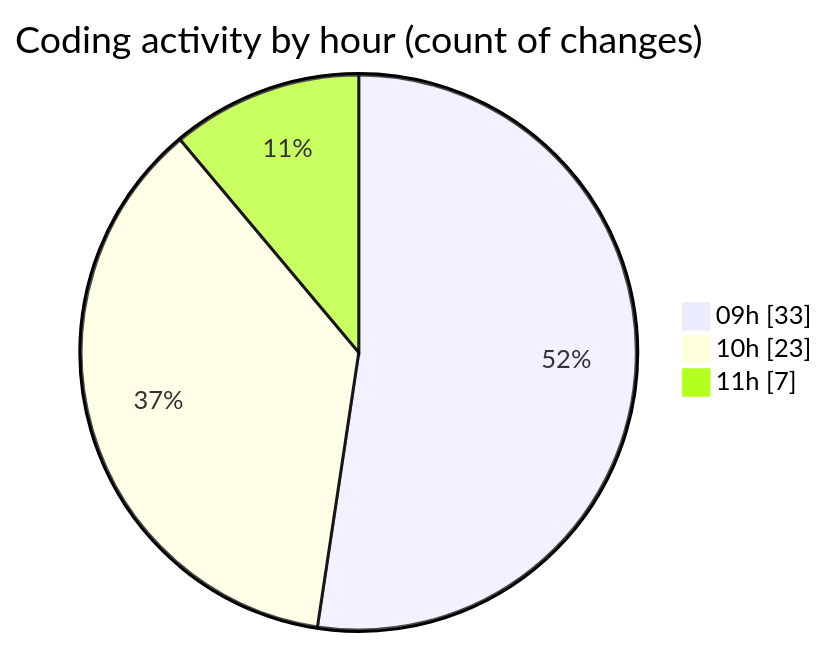
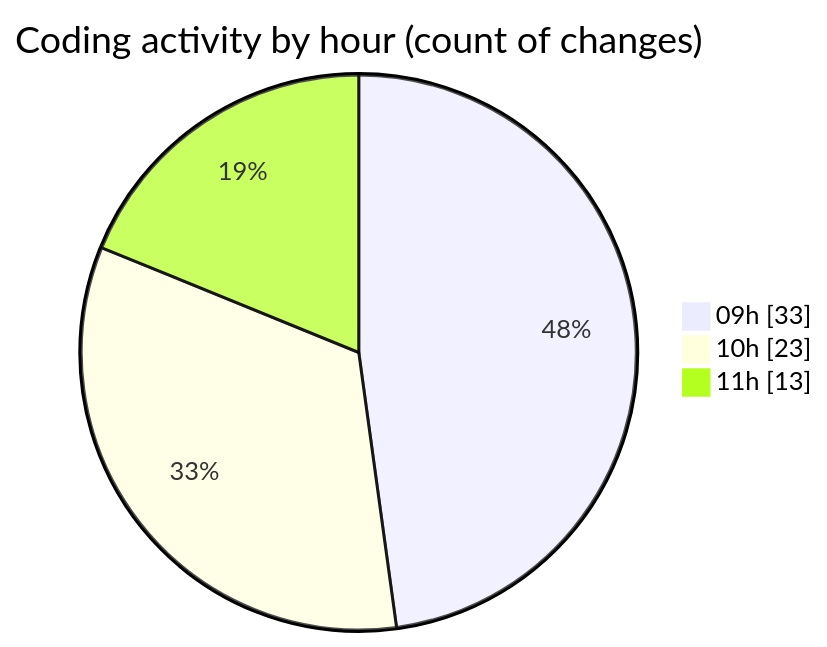
Before and after one commit to CELIANVF/code-tracking: the second of 2 diagrams in 2025-05-20/ecodeli-1/README.md, drawn with Mermaid. The commit also changed other lines of this file and 1 other file, not shown here.

````diff
--- a/2025-05-20/ecodeli-1/README.md
+++ b/2025-05-20/ecodeli-1/README.md
@@ -54,7 +57,7 @@
 ```mermaid
 pie showData
 title Coding activity by hour (count of changes)
 "09h" : 33
 "10h" : 23
-"11h" : 7
+"11h" : 13
 ```
````
